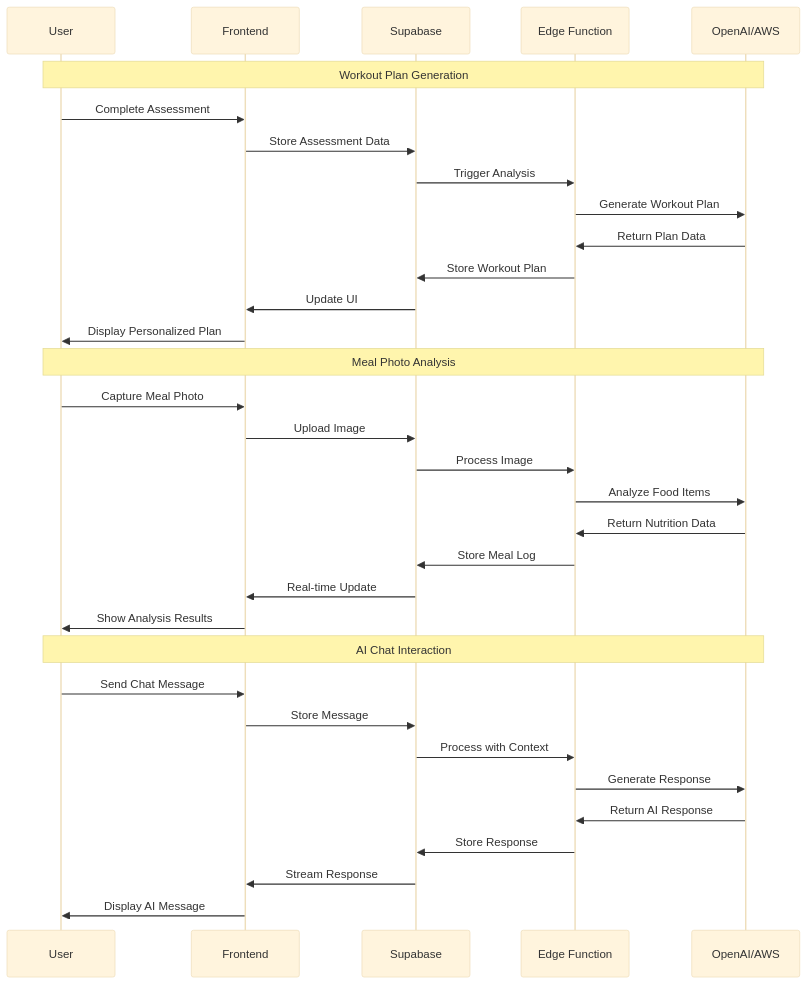
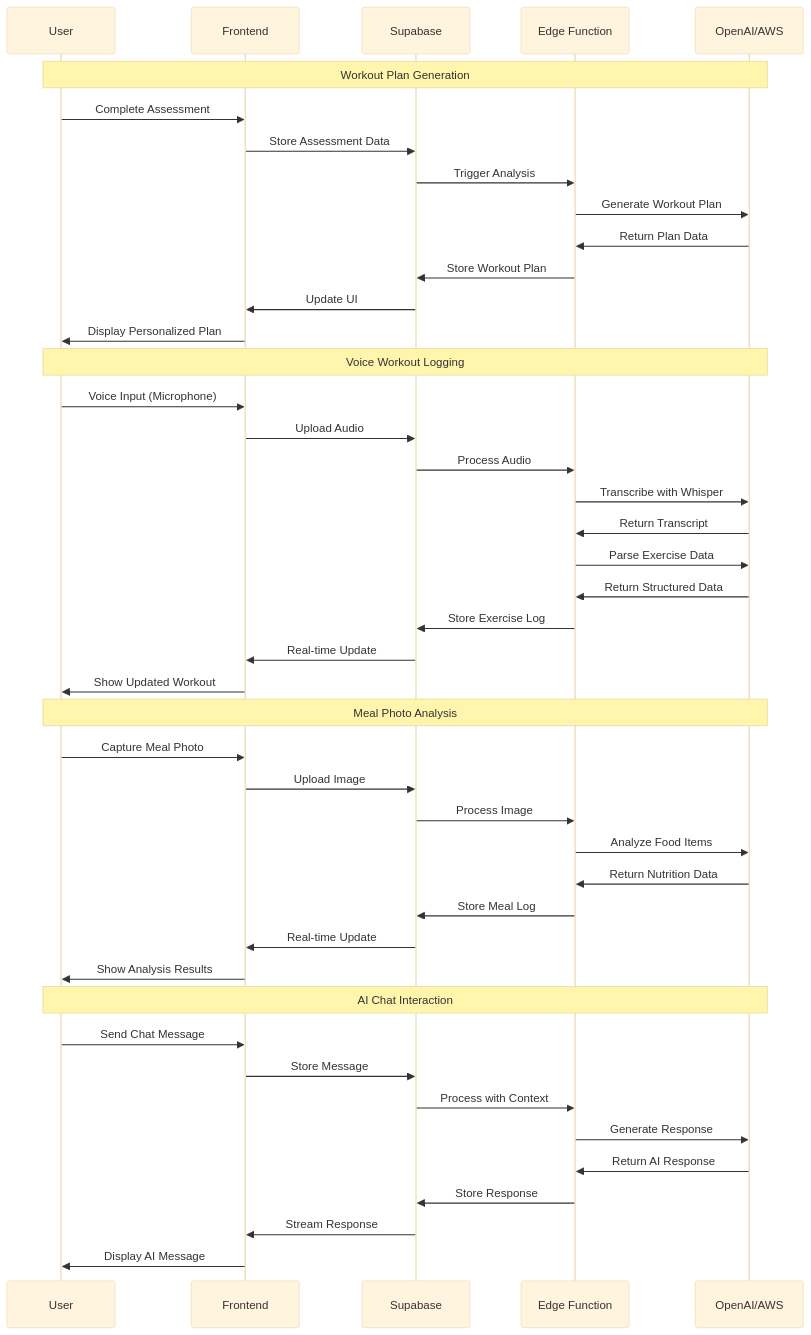
One commit to gs-admin1/hashimfit-voicecoach changed the second of 5 diagrams in docs/ARCHITECTURE.md. Above: the diagram before and after it, drawn with Mermaid (base theme). The commit also changed other lines of this file and 5 other files, not shown here.

````diff
--- a/docs/ARCHITECTURE.md
+++ b/docs/ARCHITECTURE.md
@@ -67,38 +72,50 @@
 ```mermaid
 sequenceDiagram
     participant U as User
     participant F as Frontend
     participant S as Supabase
     participant E as Edge Function
     participant AI as OpenAI/AWS
     
     Note over U,AI: Workout Plan Generation
     U->>F: Complete Assessment
     F->>S: Store Assessment Data
     S->>E: Trigger Analysis
     E->>AI: Generate Workout Plan
     AI->>E: Return Plan Data
     E->>S: Store Workout Plan
     S->>F: Update UI
     F->>U: Display Personalized Plan
+    
+    Note over U,AI: Voice Workout Logging
+    U->>F: Voice Input (Microphone)
+    F->>S: Upload Audio
+    S->>E: Process Audio
+    E->>AI: Transcribe with Whisper
+    AI->>E: Return Transcript
+    E->>AI: Parse Exercise Data
+    AI->>E: Return Structured Data
+    E->>S: Store Exercise Log
+    S->>F: Real-time Update
+    F->>U: Show Updated Workout
     
     Note over U,AI: Meal Photo Analysis
     U->>F: Capture Meal Photo
     F->>S: Upload Image
     S->>E: Process Image
     E->>AI: Analyze Food Items
     AI->>E: Return Nutrition Data
     E->>S: Store Meal Log
     S->>F: Real-time Update
     F->>U: Show Analysis Results
     
     Note over U,AI: AI Chat Interaction
     U->>F: Send Chat Message
     F->>S: Store Message
     S->>E: Process with Context
     E->>AI: Generate Response
     AI->>E: Return AI Response
     E->>S: Store Response
     S->>F: Stream Response
     F->>U: Display AI Message
 ```
````
